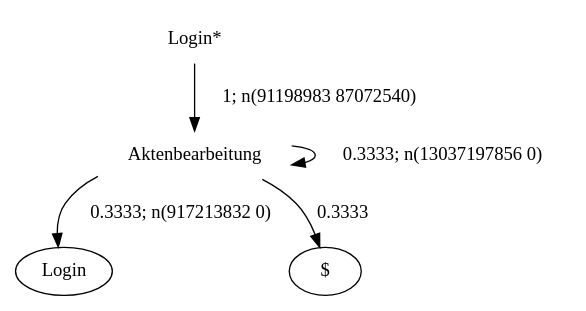
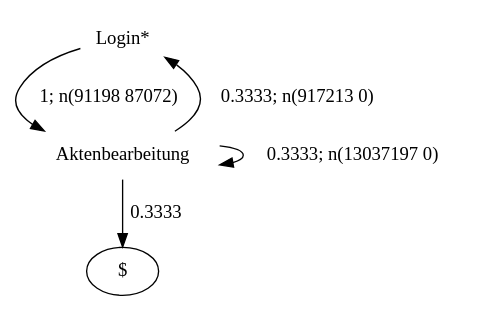
Before and after one commit to alperhi/wessbas.behaviorModelExtractor: the diagram in examples/aida-gear/output/none/graph6.dot, drawn with Graphviz. The commit also changed 545 other files, not shown here.

Commit message:
fixed bug with initial states appearing twice (with and without '*') in a DOT graph; fixed time conversion from nanoseconds to milliseconds (uses TimeUnit now); updated example output and visualizations; removed input sessions with NULL-values from SPECj input folder;

```diff
--- a/examples/aida-gear/output/none/graph6.dot
+++ b/examples/aida-gear/output/none/graph6.dot
@@ -1,8 +1,8 @@
 digraph G {
 "Login*" [label="Login*",shape=none];
 "Aktenbearbeitung" [label="Aktenbearbeitung",shape=none];
-"Login*"->"Aktenbearbeitung" [style=solid,label="1; n(91198983 87072540)"];
-"Aktenbearbeitung"->"Login" [style=solid,label="0.3333; n(917213832 0)"];
-"Aktenbearbeitung"->"Aktenbearbeitung" [style=solid,label="0.3333; n(13037197856 0)"];
+"Login*"->"Aktenbearbeitung" [style=solid,label="1; n(91198 87072)"];
+"Aktenbearbeitung"->"Login*" [style=solid,label="0.3333; n(917213 0)"];
+"Aktenbearbeitung"->"Aktenbearbeitung" [style=solid,label="0.3333; n(13037197 0)"];
 "Aktenbearbeitung"->"$" [style=solid,label="0.3333"];
 }
```
